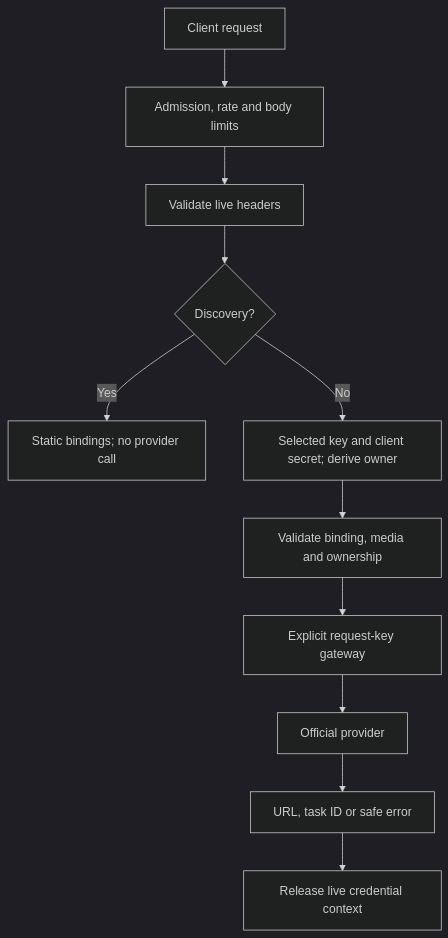
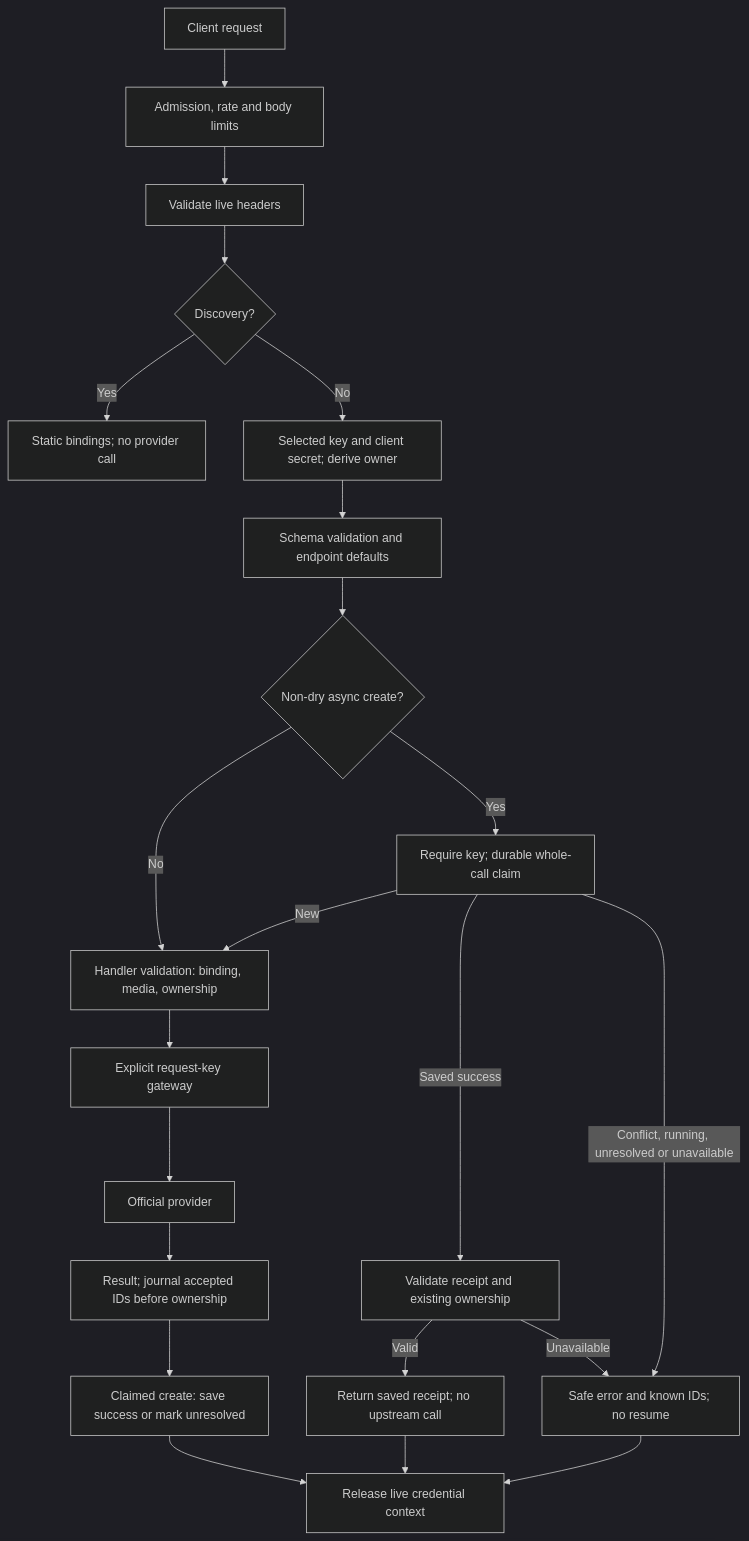
The diagram in specs/SPEC_HOSTED_BYOK.md (byteplus-sa/seed-mcp), drawn with Mermaid (dark theme) before and after one commit. The commit also changed other lines of this file and 48 other files, not shown here.

First line of the commit message:
feat!: guard HTTP task creation with durable idempotency

````diff
--- a/specs/SPEC_HOSTED_BYOK.md
+++ b/specs/SPEC_HOSTED_BYOK.md
@@ -190,13 +267,24 @@
 ```mermaid
 flowchart TD
     Client["Client request"] --> Limit["Admission, rate and body limits"]
     Limit --> Headers["Validate live headers"]
     Headers --> Discovery{"Discovery?"}
     Discovery -->|Yes| Static["Static bindings; no provider call"]
     Discovery -->|No| Identity["Selected key and client secret; derive owner"]
-    Identity --> Validate["Validate binding, media and ownership"]
+    Identity --> Input["Schema validation and endpoint defaults"]
+    Input --> Create{"Non-dry async create?"}
+    Create -->|No| Validate["Handler validation: binding, media, ownership"]
+    Create -->|Yes| Claim["Require key; durable whole-call claim"]
+    Claim -->|New| Validate
+    Claim -->|Saved success| Check["Validate receipt and existing ownership"]
+    Check -->|Valid| Receipt["Return saved receipt; no upstream call"]
+    Check -->|Unavailable| Reject["Safe error and known IDs; no resume"]
+    Claim -->|Conflict, running, unresolved or unavailable| Reject
     Validate --> Gateway["Explicit request-key gateway"]
     Gateway --> Provider["Official provider"]
-    Provider --> Result["URL, task ID or safe error"]
-    Result --> Release["Release live credential context"]
+    Provider --> Result["Result; journal accepted IDs before ownership"]
+    Result --> Finalize["Claimed create: save success or mark unresolved"]
+    Finalize --> Release["Release live credential context"]
+    Receipt --> Release
+    Reject --> Release
 ```
````
